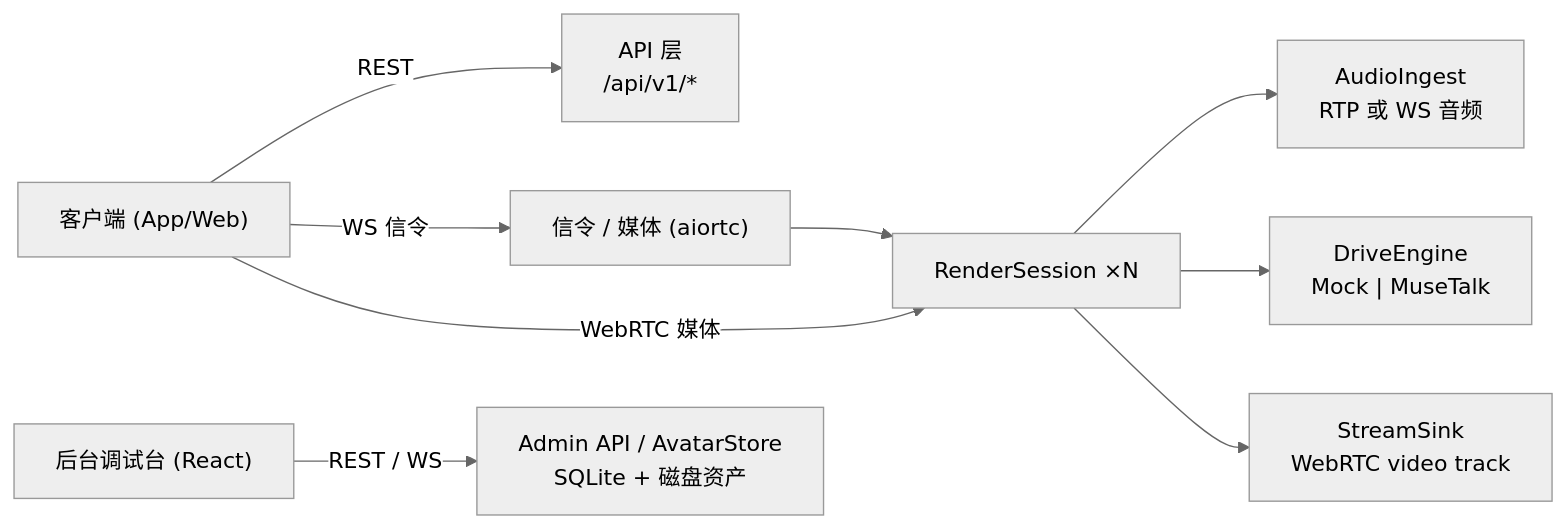
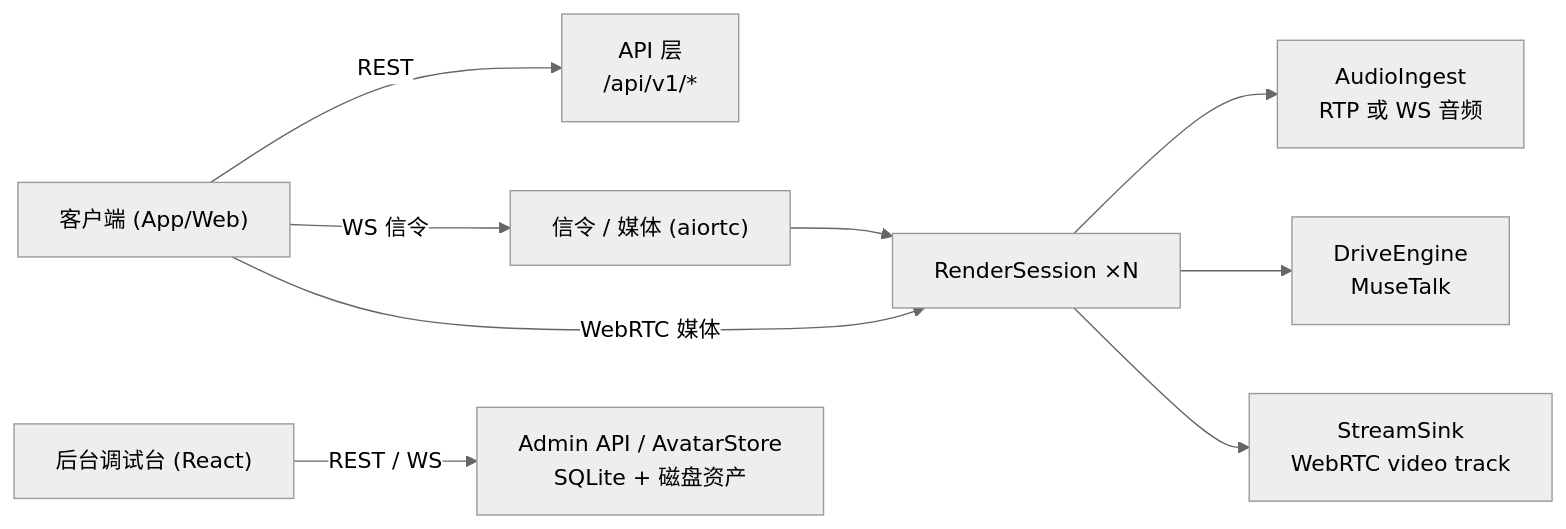
The diagram in README.md (Dovahkiin8625/digital-human), drawn with Mermaid (neutral theme) before and after one commit. The commit also changed other lines of this file and 48 other files, not shown here.

````diff
--- a/README.md
+++ b/README.md
@@ -38,11 +41,11 @@
 ```mermaid
 flowchart LR
     C["客户端 (App/Web)"] -- REST --> API["API 层<br/>/api/v1/*"]
     C -- "WS 信令" --> SIG["信令 / 媒体 (aiortc)"]
     SIG --> RS["RenderSession ×N"]
     C -- "WebRTC 媒体" --> RS
     RS --> ING["AudioIngest<br/>RTP 或 WS 音频"]
-    RS --> ENG["DriveEngine<br/>Mock | MuseTalk"]
+    RS --> ENG["DriveEngine<br/>MuseTalk"]
     RS --> SINK["StreamSink<br/>WebRTC video track"]
     ADM["后台调试台 (React)"] -- "REST / WS" --> ADMIN["Admin API / AvatarStore<br/>SQLite + 磁盘资产"]
 ```
````
